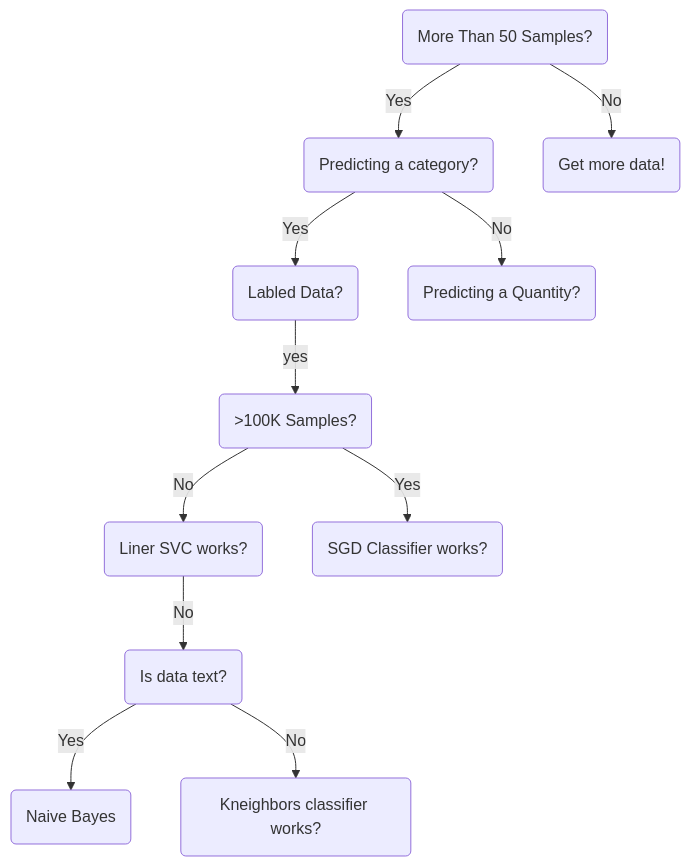
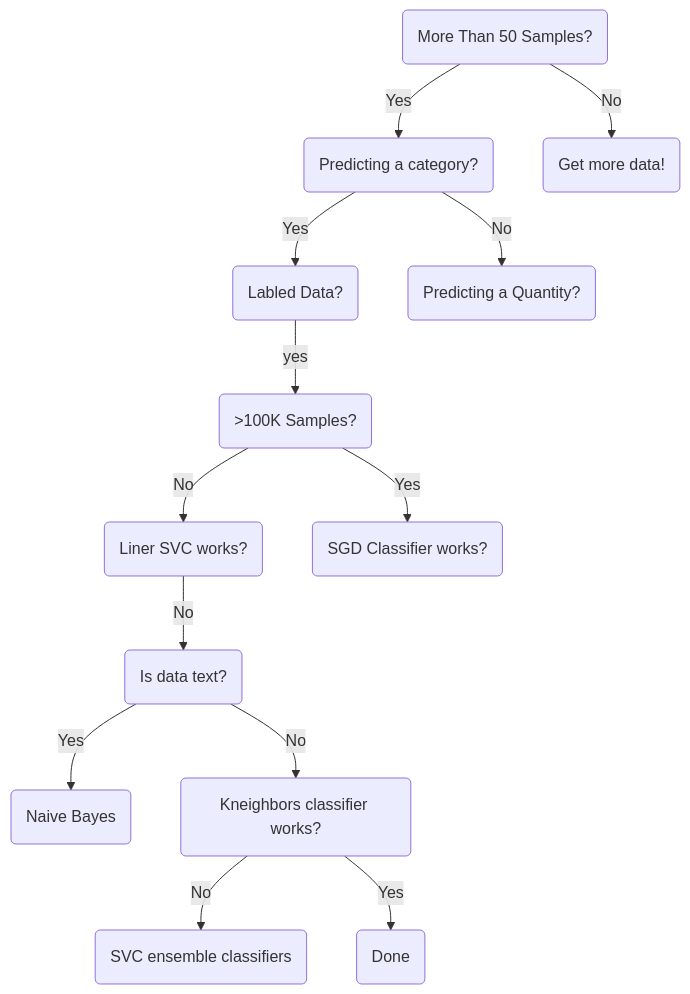
The diagram in ML_Cheatsheet.md (hwetsman/Public_Notes), drawn with Mermaid before and after one commit.

````diff
--- a/ML_Cheatsheet.md
+++ b/ML_Cheatsheet.md
@@ -1,28 +1,32 @@
 ```mermaid
 flowchart TD
 id1(More Than 50 Samples?)
   id2(Predicting a category?)
     id1-->|Yes|id2
     id4(Labled Data?)
       id2-->|Yes|id4
       id6(>100K Samples?)
         id4-->|yes|id6
         id7(Liner SVC works?)
         id6-->|No|id7
         id8(SGD Classifier works?)
         id6-->|Yes|id8
           id9(Is data text?)
           id7-->|No|id9
             id10(Naive Bayes)
             id9-->|Yes|id10
             id11(Kneighbors classifier works?)
             id9-->|No|id11
+              id12(SVC ensemble classifiers)
+              id11-->|No|id12
+              id99(Done)
+              id11-->|Yes|id99
     id5(Predicting a Quantity?)
       id2-->|No|id5
 
 
   id3(Get more data!)
     id1-->|No|id3
   
   
 ```
````
